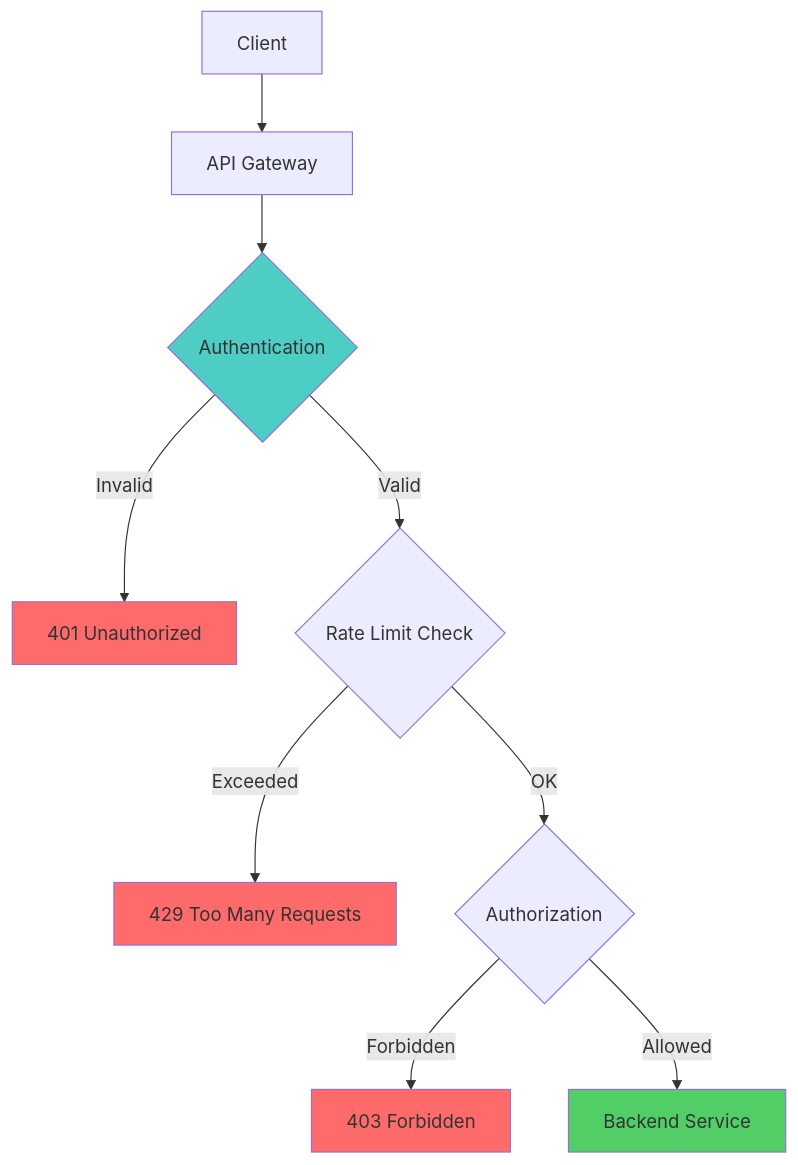
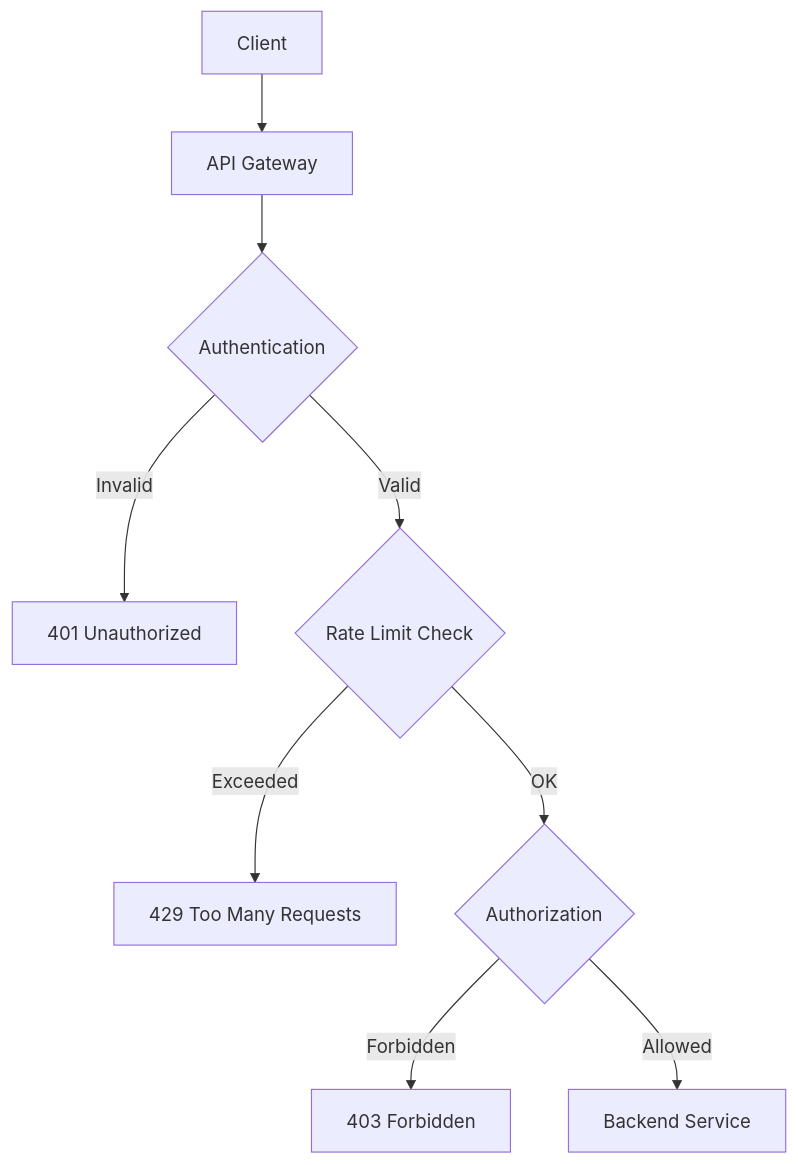
One commit to Divesh-Kshirsagar/BIMCS changed the tenth of 10 diagrams in docs/architecture.md. Above: the diagram before and after it, drawn with Mermaid. The commit also changed other lines of this file and 7 other files, not shown here.

Commit message:
refactor: remove unnecessary style definitions from documentation diagrams

````diff
--- a/docs/architecture.md
+++ b/docs/architecture.md
@@ -471,17 +459,12 @@
 ```mermaid
 graph TB
     A[Client] --> B[API Gateway]
     B --> C{Authentication}
     C -->|Invalid| D[401 Unauthorized]
     C -->|Valid| E{Rate Limit Check}
     E -->|Exceeded| F[429 Too Many Requests]
     E -->|OK| G{Authorization}
     G -->|Forbidden| H[403 Forbidden]
     G -->|Allowed| I[Backend Service]
     
-    style C fill:#4ecdc4
-    style D fill:#ff6b6b
-    style F fill:#ff6b6b
-    style H fill:#ff6b6b
-    style I fill:#51cf66
 ```
````
